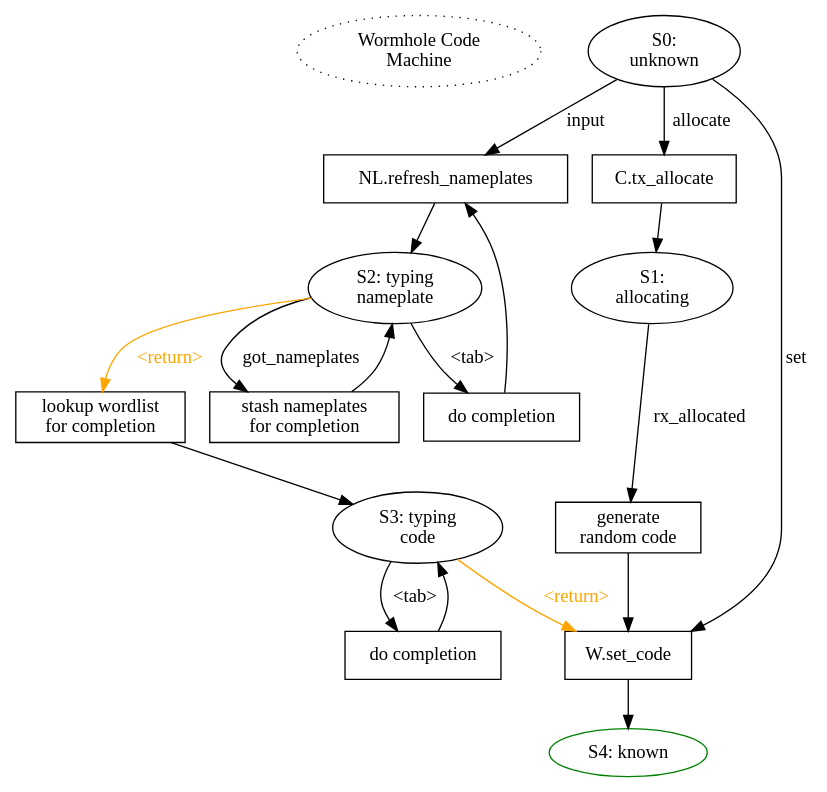
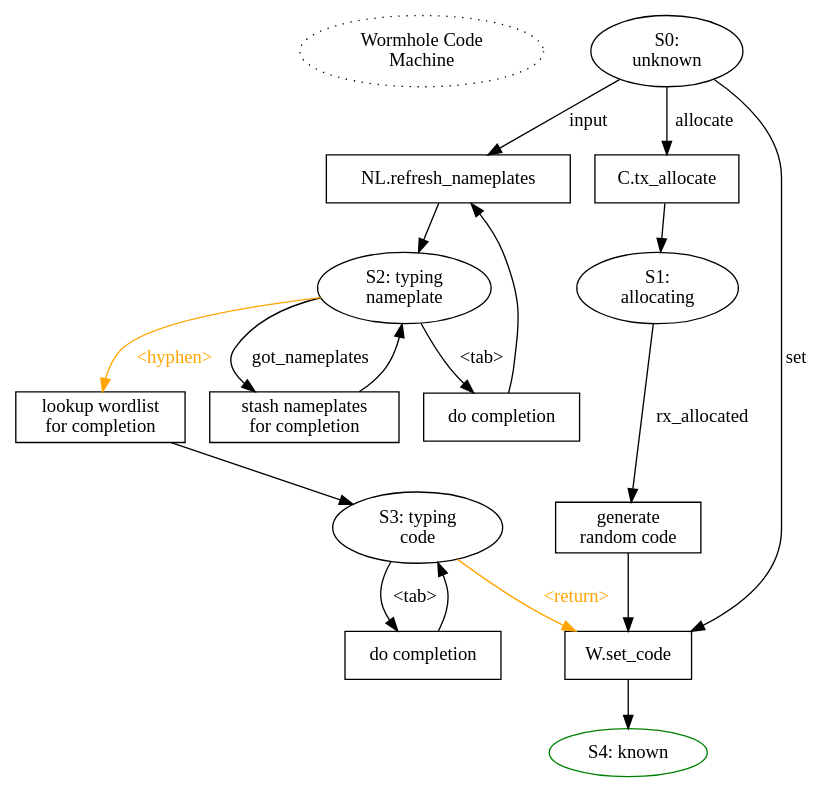
One commit to magic-wormhole/magic-wormhole changed the diagram in docs/code.dot. Above: the diagram before and after it, drawn with Graphviz. The commit also changed 7 other files, not shown here.

```diff
--- a/docs/code.dot
+++ b/docs/code.dot
@@ -1,46 +1,46 @@
 digraph {
 
         start [label="Wormhole Code\nMachine" style="dotted"]
         {rank=same; start S0}
         {rank=same; P0_list_nameplates P0_allocate}
         {rank=same; S1 S2}
         {rank=same; S3 P1_generate}
         start -> S0 [style="invis"]
         S0 [label="S0:\nunknown"]
         S0 -> P0_set_code [label="set"]
         P0_set_code [shape="box" label="W.set_code"]
         P0_set_code -> S4
         S4 [label="S4: known" color="green"]
 
         S0 -> P0_list_nameplates [label="input"]
         S2 [label="S2: typing\nnameplate"]
 
         S2 -> P2_completion [label="<tab>"]
         P2_completion [shape="box" label="do completion"]
         P2_completion -> P0_list_nameplates
         P0_list_nameplates [shape="box" label="NL.refresh_nameplates"]
         P0_list_nameplates -> S2
 
         S2 -> P2_got_nameplates [label="got_nameplates"]
         P2_got_nameplates [shape="box" label="stash nameplates\nfor completion"]
         P2_got_nameplates -> S2
-        S2 -> P2_finish [label="<return>" color="orange" fontcolor="orange"]
+        S2 -> P2_finish [label="<hyphen>" color="orange" fontcolor="orange"]
         P2_finish [shape="box" label="lookup wordlist\nfor completion"]
         P2_finish -> S3
         S3 [label="S3: typing\ncode"]
         S3 -> P3_completion [label="<tab>"]
         P3_completion [shape="box" label="do completion"]
         P3_completion -> S3
 
         S3 -> P0_set_code [label="<return>"
-                                     color="orange" fontcolor="orange"]
+                           color="orange" fontcolor="orange"]
 
         S0 -> P0_allocate [label="allocate"]
         P0_allocate [shape="box" label="C.tx_allocate"]
         P0_allocate -> S1
         S1 [label="S1:\nallocating"]
         S1 -> P1_generate [label="rx_allocated"]
         P1_generate [shape="box" label="generate\nrandom code"]
         P1_generate -> P0_set_code
         
 }
```
